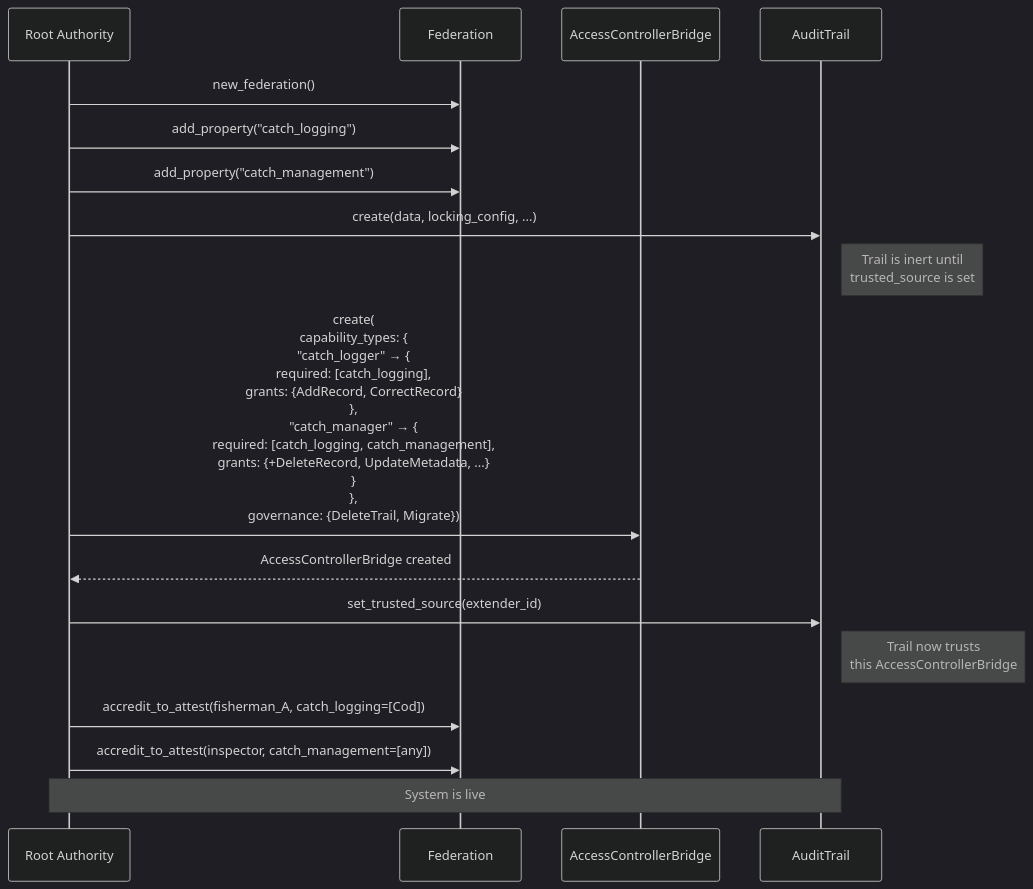
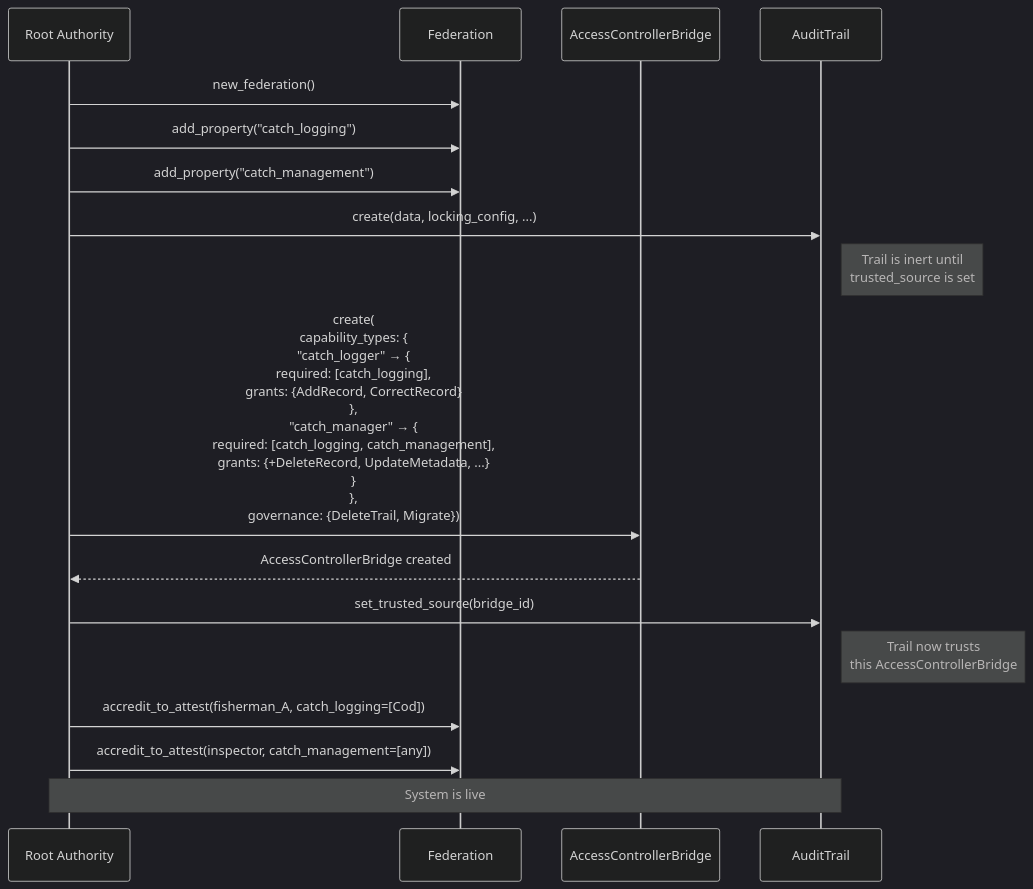
Before and after one commit to qrayven/acb: the first of 7 diagrams in resources/access-controller-bridge-v3.md, drawn with Mermaid (dark theme). The commit also changed other lines of this file, not shown here.

````diff
--- a/resources/access-controller-bridge-v3.md
+++ b/resources/access-controller-bridge-v3.md
@@ -893,25 +940,25 @@
 ```mermaid
 sequenceDiagram
     participant RA as Root Authority
     participant Fed as Federation
     participant AE as AccessControllerBridge
     participant Trail as AuditTrail
 
     RA->>Fed: new_federation()
     RA->>Fed: add_property("catch_logging")
     RA->>Fed: add_property("catch_management")
 
     RA->>Trail: create(data, locking_config, ...)
     Note right of Trail: Trail is inert until<br/>trusted_source is set
 
     RA->>AE: create(<br/>  capability_types: {<br/>    "catch_logger" → {<br/>      required: [catch_logging],<br/>      grants: {AddRecord, CorrectRecord}<br/>    },<br/>    "catch_manager" → {<br/>      required: [catch_logging, catch_management],<br/>      grants: {+DeleteRecord, UpdateMetadata, ...}<br/>    }<br/>  },<br/>  governance: {DeleteTrail, Migrate})
     AE-->>RA: AccessControllerBridge created
 
-    RA->>Trail: set_trusted_source(extender_id)
+    RA->>Trail: set_trusted_source(bridge_id)
     Note right of Trail: Trail now trusts<br/>this AccessControllerBridge
 
     RA->>Fed: accredit_to_attest(fisherman_A, catch_logging=[Cod])
     RA->>Fed: accredit_to_attest(inspector, catch_management=[any])
 
     Note over RA,Trail: System is live
 ```
````
